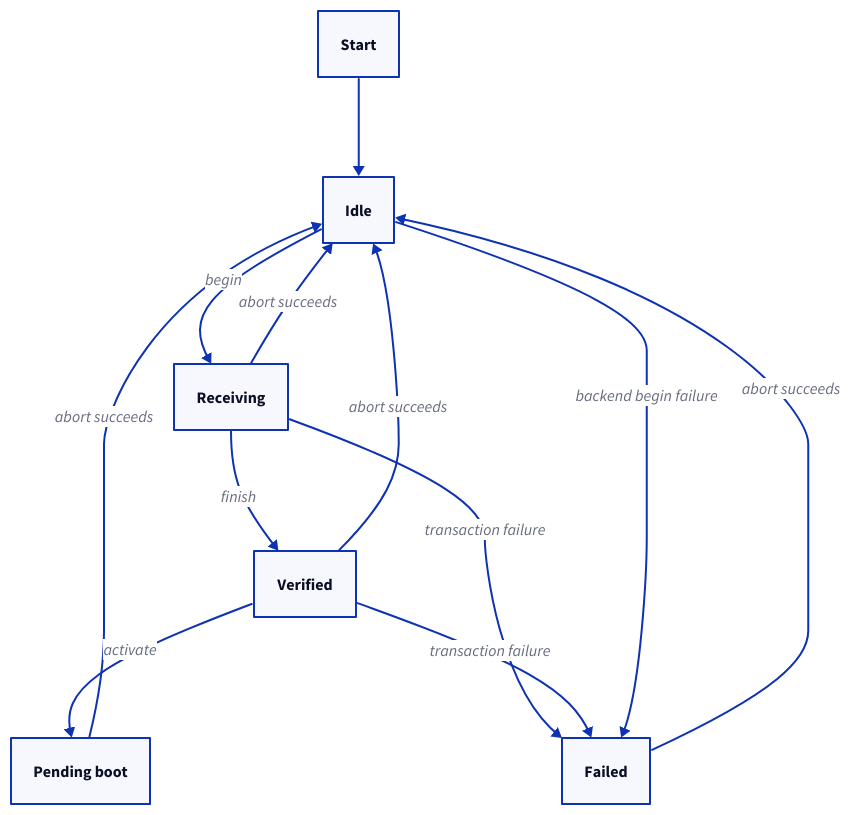
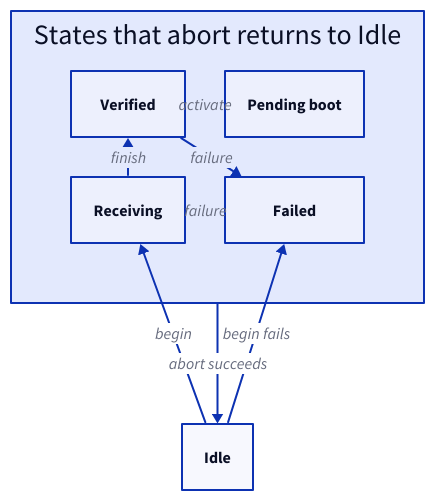
Before and after one commit to xila-project/website: the diagram in src/content/docs/explanation/architecture/libraries/firmware_update.mdx, drawn with D2. The commit also changed other lines of this file and 6 other files, not shown here.

First line of the commit message:
docs(diagrams): fix review findings on the library diagrams

````diff
--- a/src/content/docs/explanation/architecture/libraries/firmware_update.mdx
+++ b/src/content/docs/explanation/architecture/libraries/firmware_update.mdx
@@ -25,22 +25,19 @@
 ```d2 title="Firmware update transaction states and failure recovery"
 direction: down
 
-start: Start { class: io }
 idle: Idle { class: component }
-receiving: Receiving { class: component }
-verified: Verified { class: component }
-pending_boot: Pending boot { class: component }
-failed: Failed { class: component }
-
-start -> idle
-idle -> receiving: begin
-receiving -> verified: finish
-verified -> pending_boot: activate
-receiving -> failed: transaction failure
-verified -> failed: transaction failure
-idle -> failed: backend begin failure
-failed -> idle: abort succeeds
-receiving -> idle: abort succeeds
-verified -> idle: abort succeeds
-pending_boot -> idle: abort succeeds
+active: States that abort returns to Idle { class: layer
+  grid-columns: 2
+  verified: Verified { class: component }
+  receiving: Receiving { class: component }
+  pending_boot: Pending boot { class: component }
+  failed: Failed { class: component }
+  receiving -> verified: finish
+  verified -> pending_boot: activate
+  receiving -> failed: failure
+  verified -> failed: failure
+}
+idle -> active.receiving: begin
+idle -> active.failed: begin fails
+active -> idle: abort succeeds
 ```
````
